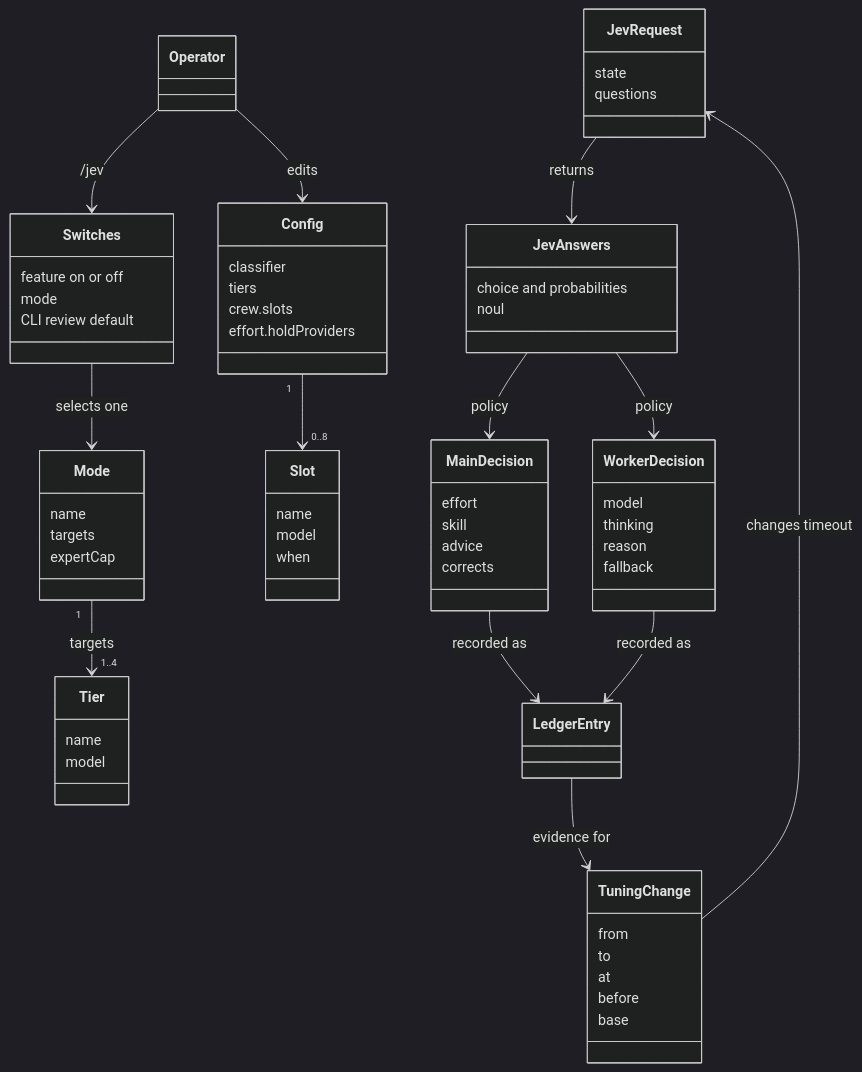
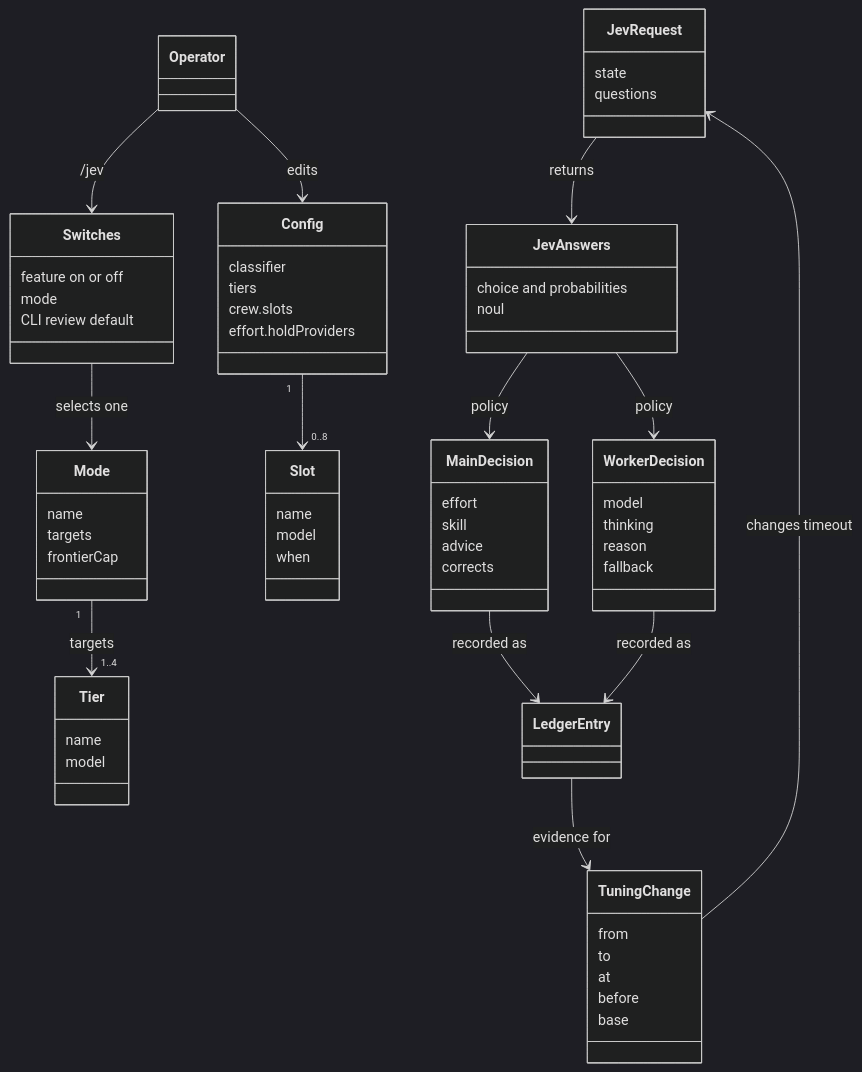
Before and after one commit to ttdua/pi-jev-pilot: the first of 3 diagrams in docs/domain-model.md, drawn with Mermaid (dark theme). The commit also changed other lines of this file and 167 other files, not shown here.

````diff
--- a/docs/domain-model.md
+++ b/docs/domain-model.md
@@ -5,70 +5,70 @@
 ```mermaid
 classDiagram
     class Operator
     class Config {
       classifier
       tiers
       crew.slots
       effort.holdProviders
     }
     class Switches {
       feature on or off
       mode
       CLI review default
     }
     class Mode {
       name
       targets
-      expertCap
+      frontierCap
     }
     class Tier {
       name
       model
     }
     class Slot {
       name
       model
       when
     }
     class JevRequest {
       state
       questions
     }
     class JevAnswers {
       choice and probabilities
       noul
     }
     class MainDecision {
       effort
       skill
       advice
       corrects
     }
     class WorkerDecision {
       model
       thinking
       reason
       fallback
     }
     class LedgerEntry
     class TuningChange {
       from
       to
       at
       before
       base
     }
 
     Operator --> Config : edits
     Operator --> Switches : /jev
     Switches --> Mode : selects one
     Mode "1" --> "1..4" Tier : targets
     Config "1" --> "0..8" Slot
     JevRequest --> JevAnswers : returns
     JevAnswers --> MainDecision : policy
     JevAnswers --> WorkerDecision : policy
     MainDecision --> LedgerEntry : recorded as
     WorkerDecision --> LedgerEntry : recorded as
     LedgerEntry --> TuningChange : evidence for
     TuningChange --> JevRequest : changes timeout
 ```
````
